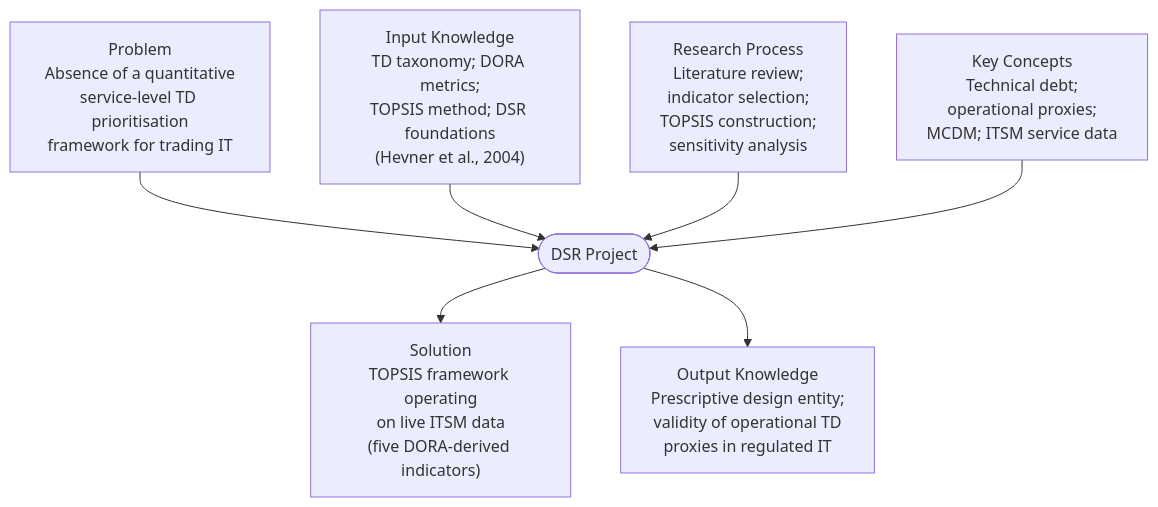
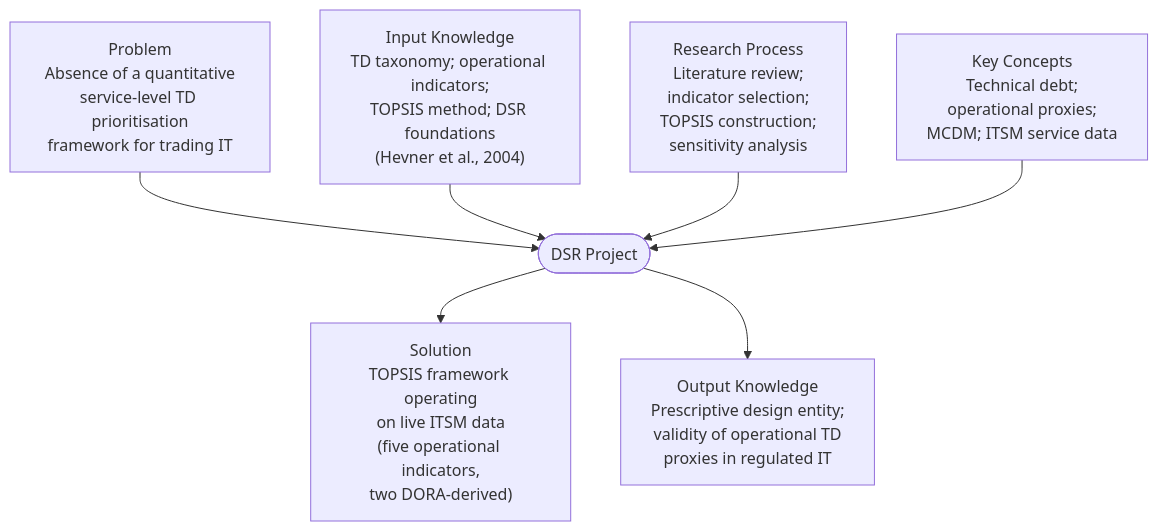
The first of 2 diagrams in quarto/chapters/3-methodology.qmd (TobiZeier/MScProject), drawn with Mermaid before and after one commit. The commit also changed other lines of this file and 7 other files, not shown here.

````diff
--- a/quarto/chapters/3-methodology.qmd
+++ b/quarto/chapters/3-methodology.qmd
@@ -30,21 +30,21 @@
 ```{mermaid}
 %%| label: fig-dsr-grid
 %%| fig-cap: "DSR Grid for the present study, adapted from vom Brocke, Hevner and Maedche (2020)"
 %%| fig-width: 6
 
 graph TD
     P["Problem<br/>Absence of a quantitative<br/>service-level TD prioritisation<br/>framework for trading IT"]
-    IK["Input Knowledge<br/>TD taxonomy; DORA metrics;<br/>TOPSIS method; DSR foundations<br/>(Hevner et al., 2004)"]
+    IK["Input Knowledge<br/>TD taxonomy; operational indicators;<br/>TOPSIS method; DSR foundations<br/>(Hevner et al., 2004)"]
     RP["Research Process<br/>Literature review;<br/>indicator selection;<br/>TOPSIS construction;<br/>sensitivity analysis"]
     KC["Key Concepts<br/>Technical debt;<br/>operational proxies;<br/>MCDM; ITSM service data"]
     DSR(["DSR Project"])
-    S["Solution<br/>TOPSIS framework operating<br/>on live ITSM data<br/>(five DORA-derived indicators)"]
+    S["Solution<br/>TOPSIS framework operating<br/>on live ITSM data<br/>(five operational indicators,<br/>two DORA-derived)"]
     OK["Output Knowledge<br/>Prescriptive design entity;<br/>validity of operational TD<br/>proxies in regulated IT"]
 
     P --> DSR
     IK --> DSR
     RP --> DSR
     KC --> DSR
     DSR --> S
     DSR --> OK
 ```
````
